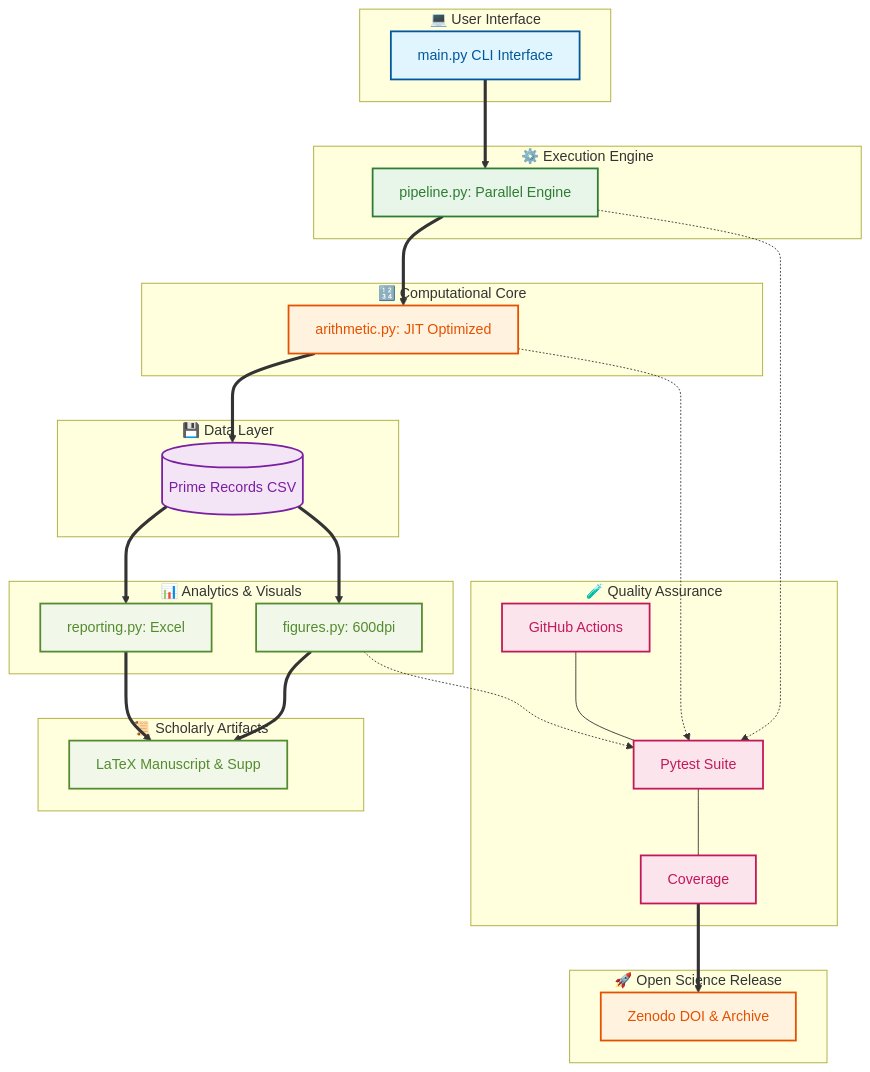
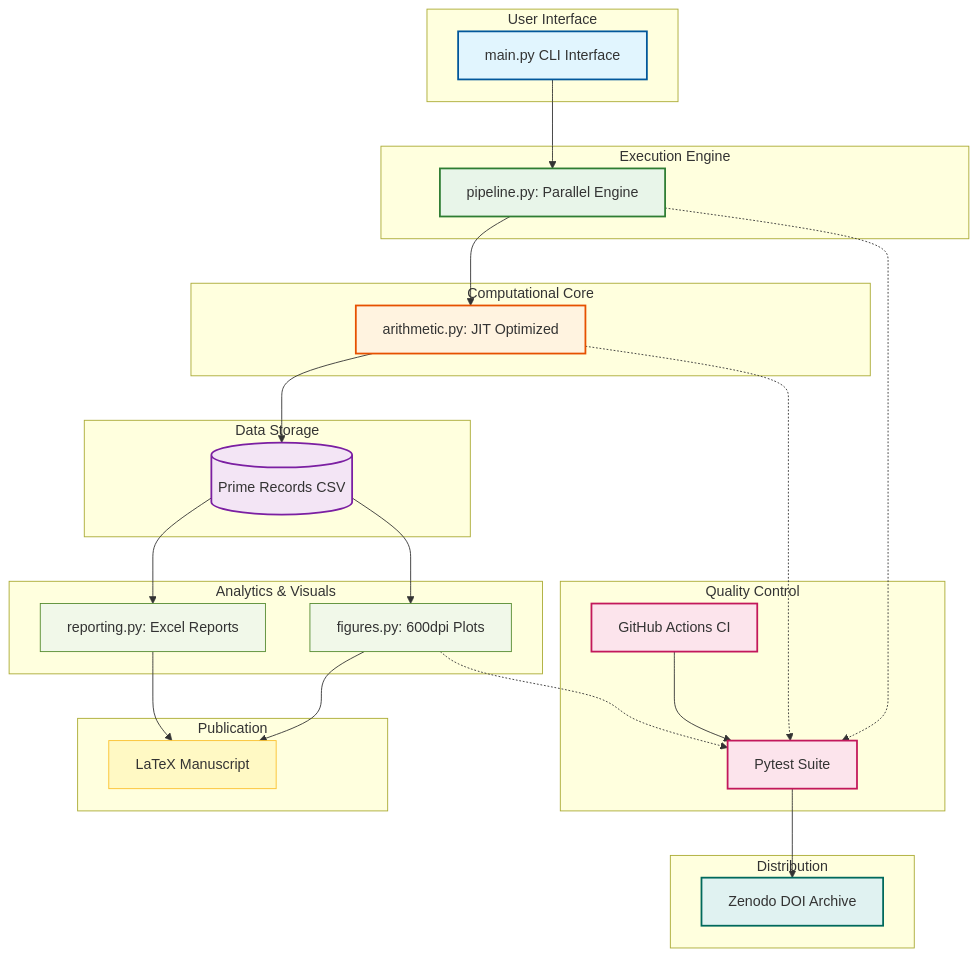
Before and after one commit to Majid-Ghandali/fibonacci-cm-elliptic: the diagram in README.md, drawn with Mermaid.

Commit message:
Refactor mermaid diagram in README.md
Updated the mermaid diagram for better clarity and organization.

````diff
--- a/README.md
+++ b/README.md
@@ -73,67 +73,67 @@
 ```mermaid
 
-graph TB
+flowchart TD
+    %% تعریف مستقیم رنگ‌ها برای جلوگیری از خطا
+    style CLI fill:#e1f5fe,stroke:#01579b,stroke-width:2px
+    style PIPE fill:#e8f5e9,stroke:#2e7d32,stroke-width:2px
+    style ARITH fill:#fff3e0,stroke:#e65100,stroke-width:2px
+    style CSV fill:#f3e5f5,stroke:#7b1fa2,stroke-width:2px
+    style REPORT fill:#f1f8e9,stroke:#558b2f,stroke-width:1px
+    style FIG fill:#f1f8e9,stroke:#558b2f,stroke-width:1px
+    style PAPER fill:#fff9c4,stroke:#fbc02d,stroke-width:1px
+    style CI fill:#fce4ec,stroke:#c2185b,stroke-width:2px
+    style TEST fill:#fce4ec,stroke:#c2185b,stroke-width:2px
+    style ZENODO fill:#e0f2f1,stroke:#00695c,stroke-width:2px
 
-    classDef ui fill:#e1f5fe,stroke:#01579b,stroke-width:2px,color:#01579b
-    classDef engine fill:#e8f5e9,stroke:#2e7d32,stroke-width:2px,color:#2e7d32
-    classDef core fill:#fff3e0,stroke:#e65100,stroke-width:2px,color:#e65100
-    classDef data fill:#f3e5f5,stroke:#7b1fa2,stroke-width:2px,color:#7b1fa2
-    classDef test fill:#fce4ec,stroke:#c2185b,stroke-width:2px,color:#c2185b
-    classDef output fill:#f1f8e9,stroke:#558b2f,stroke-width:2px,color:#558b2f
-
-
-    subgraph UI [ 💻 User Interface ]
-        CLI[main.py CLI Interface]:::ui
+    subgraph User_Interface [User Interface]
+        CLI[main.py CLI Interface]
     end
 
-    subgraph Exec [ ⚙️ Execution Engine ]
-        PIPE[pipeline.py: Parallel Engine]:::engine
+    subgraph Execution_Engine [Execution Engine]
+        PIPE[pipeline.py: Parallel Engine]
     end
 
-    subgraph Core [ 🔢 Computational Core ]
-        ARITH[arithmetic.py: JIT Optimized]:::core
+    subgraph Computational_Core [Computational Core]
+        ARITH[arithmetic.py: JIT Optimized]
     end
 
-    subgraph Storage [ 💾 Data Layer ]
-        CSV[(Prime Records CSV)]:::data
+    subgraph Data_Storage [Data Storage]
+        CSV[(Prime Records CSV)]
     end
 
-    subgraph Analytics [ 📊 Analytics & Visuals ]
-        REPORT[reporting.py: Excel]:::output
-        FIG[figures.py: 600dpi]:::output
+    subgraph Analytics_Output [Analytics & Visuals]
+        REPORT[reporting.py: Excel Reports]
+        FIG[figures.py: 600dpi Plots]
     end
 
-    subgraph Paper [ 📜 Scholarly Artifacts ]
-        DOCS[LaTeX Manuscript & Supp]:::output
+    subgraph Publication [Publication]
+        PAPER[LaTeX Manuscript]
     end
 
-    subgraph QA [ 🧪 Quality Assurance ]
-        CI[GitHub Actions]:::test
-        T1[Pytest Suite]:::test
-        T2[Coverage]:::test
+    subgraph Quality_Control [Quality Control]
+        CI[GitHub Actions CI]
+        TEST[Pytest Suite]
     end
 
-    subgraph Release [ 🚀 Open Science Release ]
-        ZENODO[Zenodo DOI & Archive]:::core
+    subgraph Distribution [Distribution]
+        ZENODO[Zenodo DOI Archive]
     end
- 
 
-    CLI  ==> PIPE
-    PIPE ==> ARITH
-    ARITH ==> CSV
-    CSV  ==> REPORT
-    CSV  ==> FIG
-    REPORT ==> DOCS
-    FIG    ==> DOCS
+    %% اتصالات با فلش‌های یکسان و منظم
+    CLI --> PIPE
+    PIPE --> ARITH
+    ARITH --> CSV
+    CSV --> REPORT
+    CSV --> FIG
+    REPORT --> PAPER
+    FIG --> PAPER
+    
+    %% بخش تست و توزیع
+    CI --> TEST
+    TEST --> ZENODO
 
-  
-    CI --- T1
-    T1 --- T2
-    T2 ==> ZENODO
-
-    
-    PIPE -.-> T1
-    ARITH -.-> T1
-    FIG   -.-> T1
-
+    %% خط‌چین برای نظارت
+    PIPE -.-> TEST
+    ARITH -.-> TEST
+    FIG -.-> TEST
 ```
````
